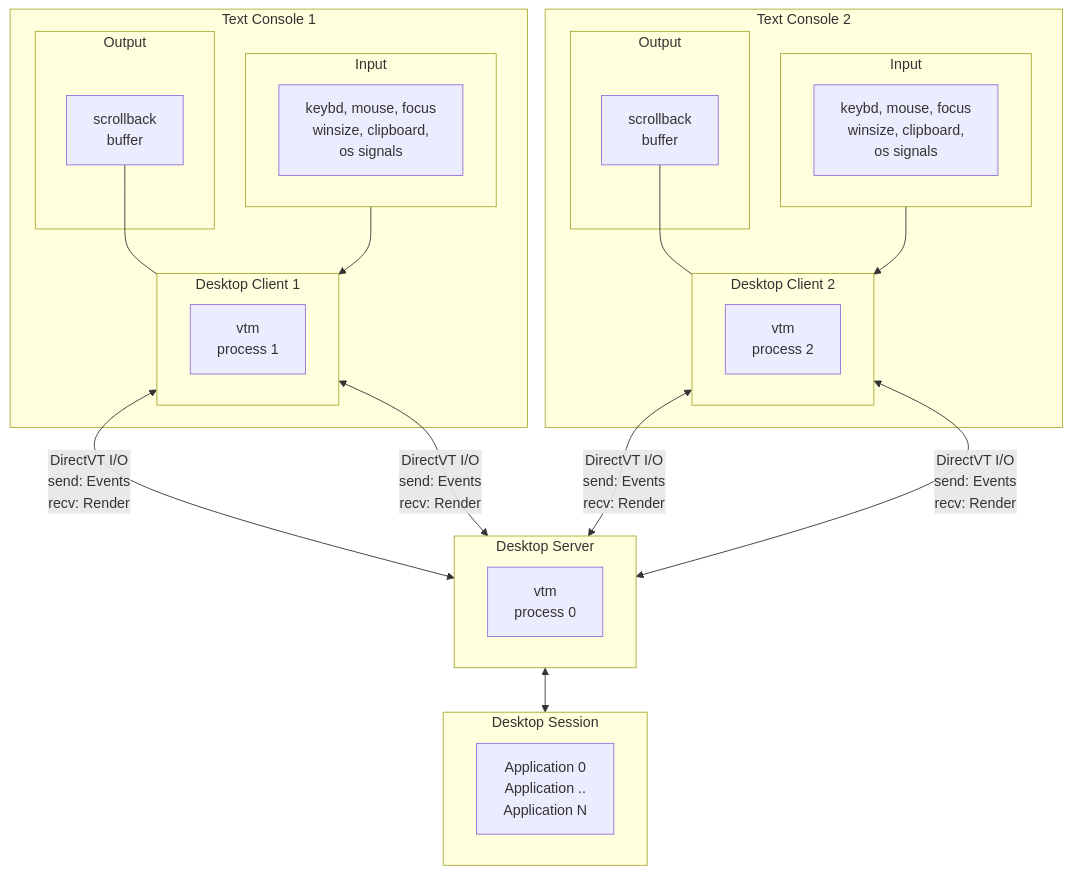
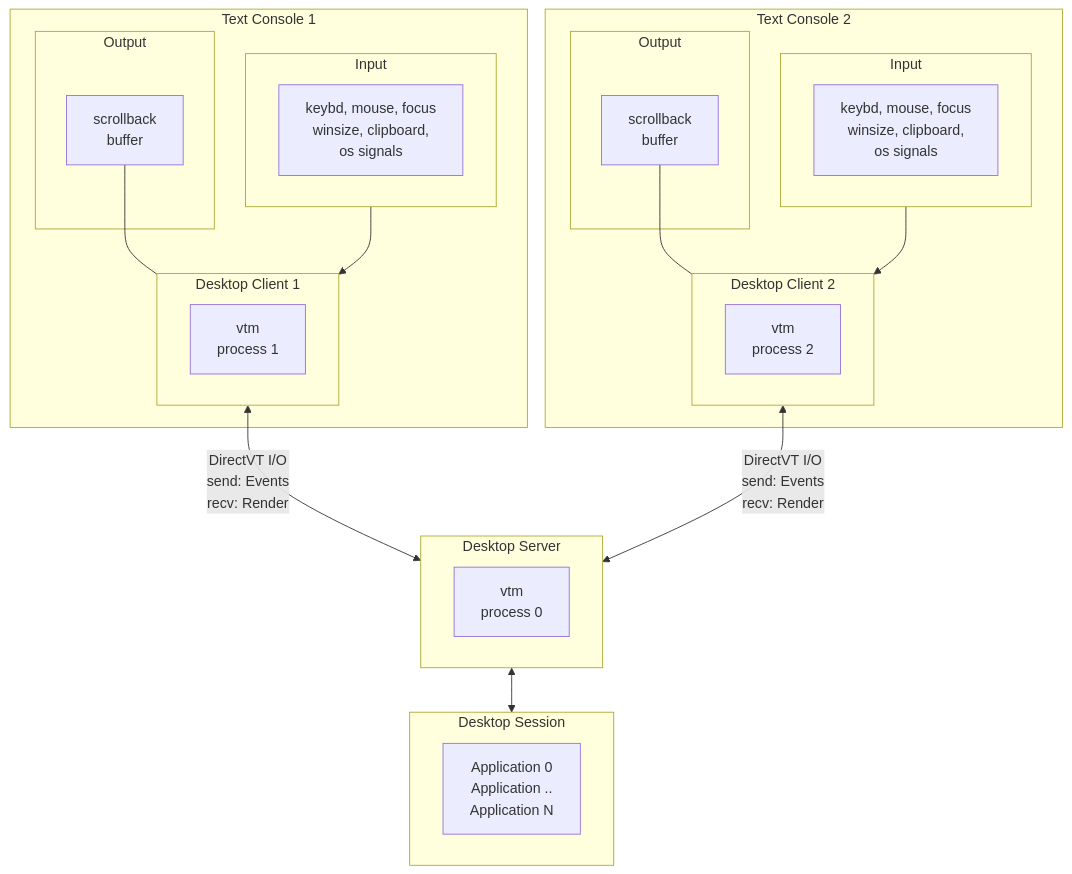
Before and after one commit to directvt/vtm: the diagram in doc/architecture.md, drawn with Mermaid.

````diff
--- a/doc/architecture.md
+++ b/doc/architecture.md
@@ -5,47 +5,44 @@
 ```mermaid
 graph TB
     subgraph IE10[Text Console 1]
         subgraph IE1[Input]
             direction LR
             C1[keybd, mouse, focus\nwinsize, clipboard,\nos signals]
         end
         subgraph OU1[Output]
             TC1[scrollback\nbuffer]
         end
         subgraph CS1[Desktop Client 1]
             VTM1[vtm\nprocess 1]
         end
         C1 --> CS1
         TC1 --- CS1
     end
 
     subgraph IE20[Text Console 2]
         subgraph IE2[Input]
             direction LR
             C2[keybd, mouse, focus\nwinsize, clipboard,\nos signals]
         end
         subgraph OU2[Output]
             TC2[scrollback\nbuffer]
         end
         subgraph CS2[Desktop Client 2]
             VTM2[vtm\nprocess 2]
         end
         C2 --> CS2
         TC2 --- CS2
     end
 
     subgraph SS[Desktop Server]
         VTMs[vtm\nprocess 0]
     end
 
-    CS1 <-->|DirectVT I/O\nsend: Events\nrecv: Render| SS
-    CS2 <-->|DirectVT I/O\nsend: Events\nrecv: Render| SS
-
     subgraph SE[Desktop Session]
         APPs[Application 0\nApplication ..\nApplication N]
     end
 
     CS1 <-->|DirectVT I/O\nsend: Events\nrecv: Render| SS
     CS2 <-->|DirectVT I/O\nsend: Events\nrecv: Render| SS
     SS <--> SE
 ```
````
